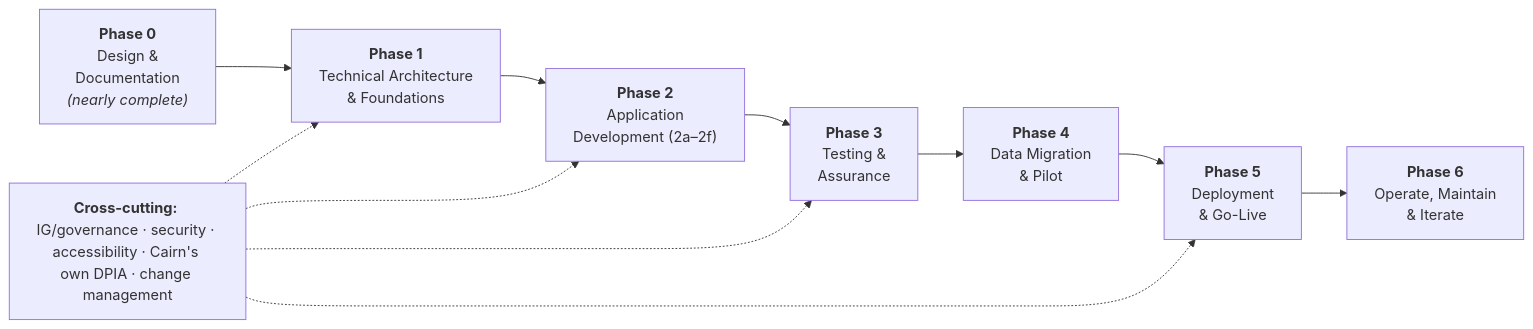
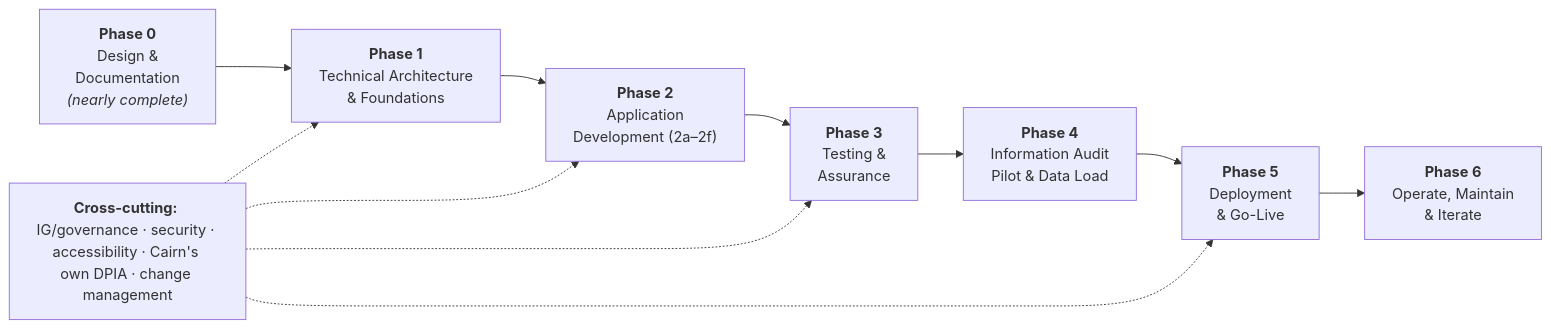
The diagram in docs/Cairn-project-plan.md (John-Howard/cairn), drawn with Mermaid before and after one commit. The commit also changed other lines of this file and 20 other files, not shown here.

First line of the commit message:
feat(intake): in-app information-audit intake wizard (pilot-enabling 2d slice) (#2)

````diff
--- a/docs/Cairn-project-plan.md
+++ b/docs/Cairn-project-plan.md
@@ -20,16 +20,16 @@
 ```mermaid
 flowchart LR
     P0["<b>Phase 0</b><br/>Design &<br/>Documentation<br/><i>(nearly complete)</i>"]
     P1["<b>Phase 1</b><br/>Technical Architecture<br/>& Foundations"]
     P2["<b>Phase 2</b><br/>Application<br/>Development (2a–2f)"]
     P3["<b>Phase 3</b><br/>Testing &<br/>Assurance"]
-    P4["<b>Phase 4</b><br/>Data Migration<br/>& Pilot"]
+    P4["<b>Phase 4</b><br/>Information Audit<br/>Pilot & Data Load"]
     P5["<b>Phase 5</b><br/>Deployment<br/>& Go-Live"]
     P6["<b>Phase 6</b><br/>Operate, Maintain<br/>& Iterate"]
     P0 --> P1 --> P2 --> P3 --> P4 --> P5 --> P6
     CC["<b>Cross-cutting:</b> IG/governance · security · accessibility · Cairn's own DPIA · change management"]
     CC -.-> P1
     CC -.-> P2
     CC -.-> P3
     CC -.-> P5
 ```
````
